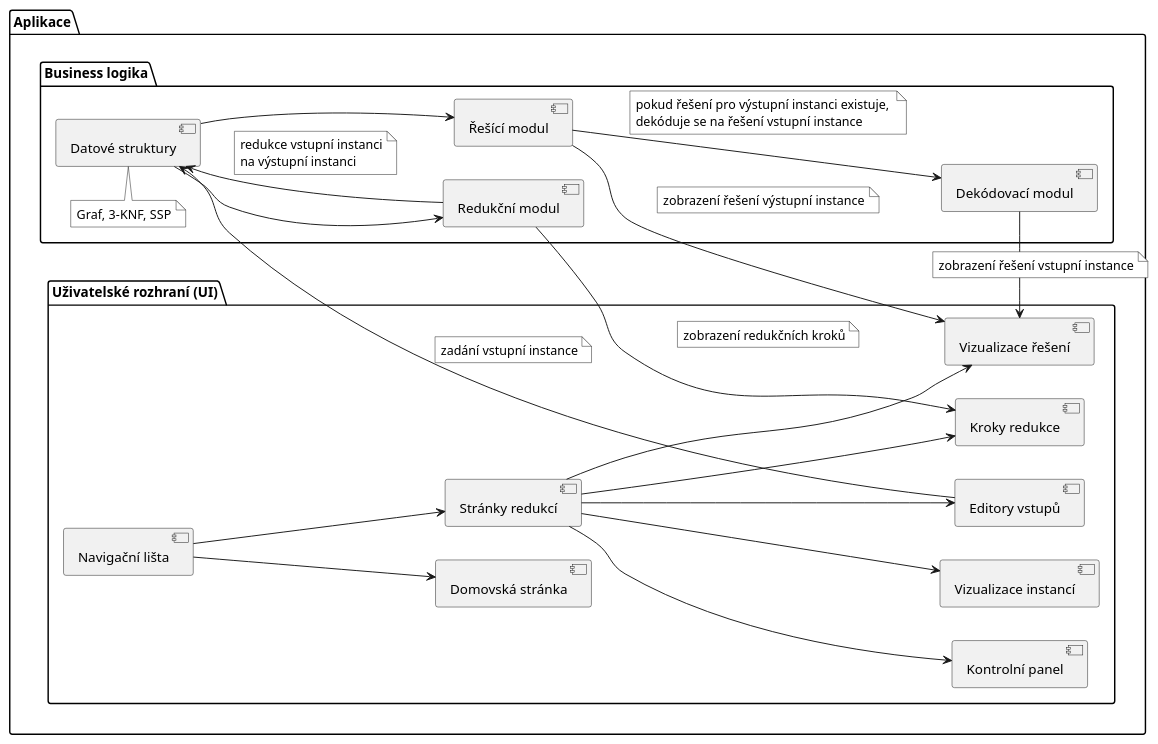
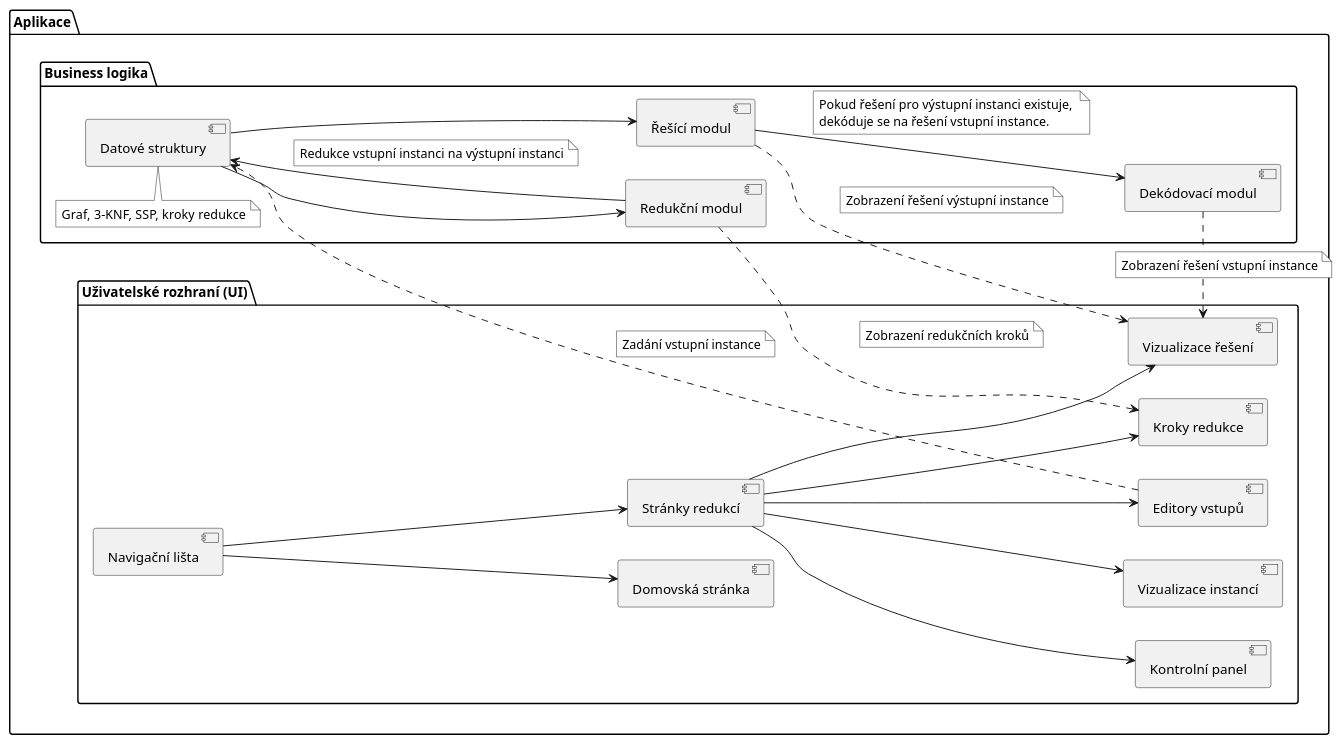
The diagram in paper/assets/plantuml/component-diagram.puml (phatt-23/BP), drawn with PlantUML before and after one commit. The commit also changed 13 other files, not shown here.

Commit message:
added data flow diagram

```diff
--- a/paper/assets/plantuml/component-diagram.puml
+++ b/paper/assets/plantuml/component-diagram.puml
@@ -1,83 +1,82 @@
 @startuml component-diagram
 /'skinparam packageStyle rectangle'/
 left to right direction
 skinparam noteBackgroundColor #FFFFFF
 
 package "Aplikace" {
 
   together {
     package "Business logika" {
       [Datové struktury]
-      note top of [Datové struktury]: Graf, 3-KNF, SSP
+      note top of [Datové struktury]: Graf, 3-KNF, SSP, kroky redukce
 
       [Redukční modul]
       [Řešící modul]
       [Dekódovací modul]
     }
   }
   
   together {
     package "Uživatelské rozhraní (UI)" {
       [Navigační lišta]
       [Domovská stránka]
       
       [Stránky redukcí]
       [Editory vstupů]
       [Kontrolní panel]
       [Vizualizace instancí]
       [Vizualizace řešení]
       [Kroky redukce]
     }
   }
 
 }
 
 ' --- UI navigation ---
 [Navigační lišta] --> [Domovská stránka]
 [Navigační lišta] --> [Stránky redukcí] 
 
 [Stránky redukcí] --> [Editory vstupů]
 [Stránky redukcí] --> [Kontrolní panel]
 [Stránky redukcí] --> [Vizualizace instancí]
 [Stránky redukcí] --> [Vizualizace řešení]
 [Stránky redukcí] --> [Kroky redukce]
 
 ' --- Business logic ---
-[Editory vstupů] --> [Datové struktury]
+[Editory vstupů] -[dashed]-> [Datové struktury]
 note on link
-  zadání vstupní instance
+  Zadání vstupní instance
 end note
 
 [Datové struktury] --> [Redukční modul]
 
 [Redukční modul] --> [Datové struktury]
 note on link
-  redukce vstupní instanci
-  na výstupní instanci
+  Redukce vstupní instanci na výstupní instanci
 end note
 
 [Datové struktury] --> [Řešící modul]
 
 [Řešící modul] --> [Dekódovací modul]
 note on link
-    pokud řešení pro výstupní instanci existuje, 
-    dekóduje se na řešení vstupní instance
+    Pokud řešení pro výstupní instanci existuje, 
+    dekóduje se na řešení vstupní instance.
 end note
 
 ' --- Output back to UI ---
-[Redukční modul] --> [Kroky redukce]
+[Redukční modul] -[dashed]-> [Kroky redukce]
 note on link
-  zobrazení redukčních kroků
+  Zobrazení redukčních kroků
 end note
 
-[Řešící modul] --> [Vizualizace řešení]
+[Řešící modul] -[dashed]-> [Vizualizace řešení]
 note on link
-  zobrazení řešení výstupní instance
+  Zobrazení řešení výstupní instance
 end note
 
-[Dekódovací modul] --> [Vizualizace řešení]
+[Dekódovací modul] -[dashed]-> [Vizualizace řešení]
 note on link
-  zobrazení řešení vstupní instance
+  Zobrazení řešení vstupní instance
 end note
 
 @enduml
```
